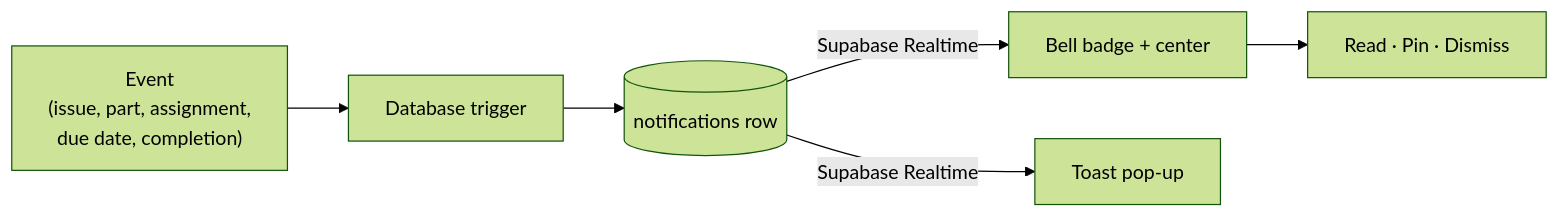
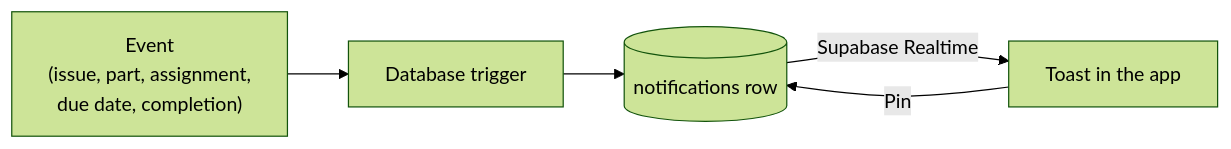
Before and after one commit to SheetMetalConnect/eryxon-flow: the diagram in website/src/content/docs/features/notifications.md, drawn with Mermaid (forest theme). The commit also changed other lines of this file and 451 other files, not shown here.

````diff
--- a/website/src/content/docs/features/notifications.md
+++ b/website/src/content/docs/features/notifications.md
@@ -12,8 +12,7 @@
 ```mermaid
 flowchart LR
   E["Event<br/>(issue, part, assignment,<br/>due date, completion)"] --> T["Database trigger"]
   T --> N[("notifications row")]
-  N -->|Supabase Realtime| B["Bell badge + center"]
-  N -->|Supabase Realtime| Toast["Toast pop-up"]
-  B --> A["Read · Pin · Dismiss"]
+  N -->|Supabase Realtime| Toast["Toast in the app"]
+  Toast -->|Pin| N
 ```
````
